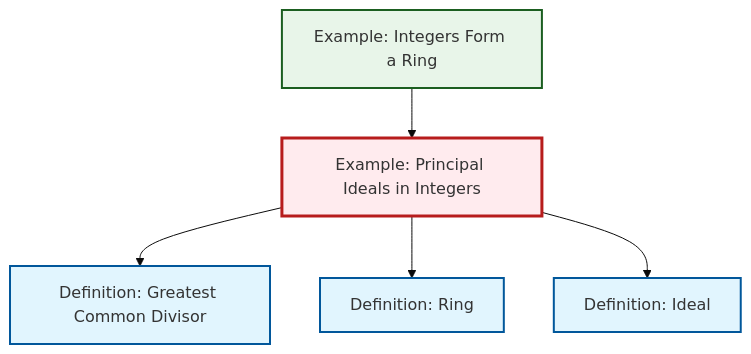
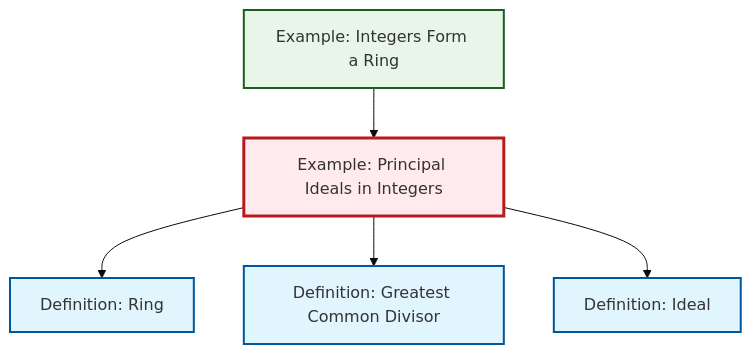
Before and after one commit to RK0429/ModernMath: the diagram in content/en/algebra/ex-principal-ideal.qmd, drawn with Mermaid (base theme). The commit also changed other lines of this file and 328 other files, not shown here.

````diff
--- a/content/en/algebra/ex-principal-ideal.qmd
+++ b/content/en/algebra/ex-principal-ideal.qmd
@@ -63,23 +63,23 @@
 ```{mermaid}
 %%| fig-cap: "Local dependency graph"
 graph TD
     classDef definition fill:#e1f5fe,stroke:#01579b,stroke-width:2px
     classDef theorem fill:#f3e5f5,stroke:#4a148c,stroke-width:2px
     classDef axiom fill:#fff3e0,stroke:#e65100,stroke-width:2px
     classDef example fill:#e8f5e9,stroke:#1b5e20,stroke-width:2px
     classDef current fill:#ffebee,stroke:#b71c1c,stroke-width:3px
     def-ideal["Definition: Ideal"]:::definition
+    ex-integers-ring["Example: Integers Form a Ring"]:::example
     def-ring["Definition: Ring"]:::definition
+    def-gcd["Definition: Greatest Common Divisor"]:::definition
     ex-principal-ideal["Example: Principal Ideals in Integers"]:::example
-    def-gcd["Definition: Greatest Common Divisor"]:::definition
-    ex-integers-ring["Example: Integers Form a Ring"]:::example
+    ex-principal-ideal --> def-ring
     ex-principal-ideal --> def-gcd
+    ex-principal-ideal --> def-ideal
     ex-integers-ring --> ex-principal-ideal
-    ex-principal-ideal --> def-ring
-    ex-principal-ideal --> def-ideal
     class ex-principal-ideal current
     click def-ideal "def-ideal.html" "Go to Ideal definition"
+    click ex-integers-ring "ex-integers-ring.html" "Go to Integers Form a Ring example"
     click def-ring "def-ring.html" "Go to Ring definition"
     click def-gcd "def-gcd.html" "Go to Greatest Common Divisor definition"
-    click ex-integers-ring "ex-integers-ring.html" "Go to Integers Form a Ring example"
 ```
````
